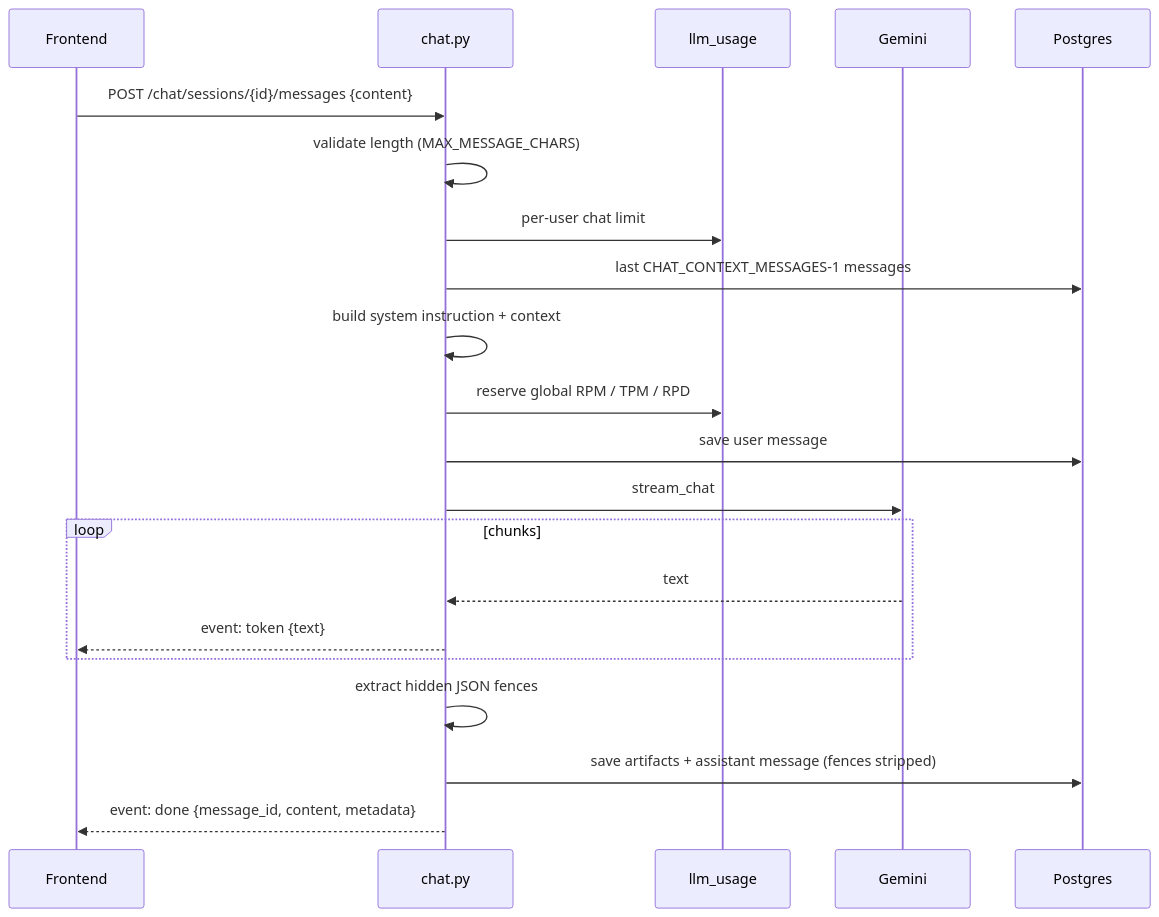
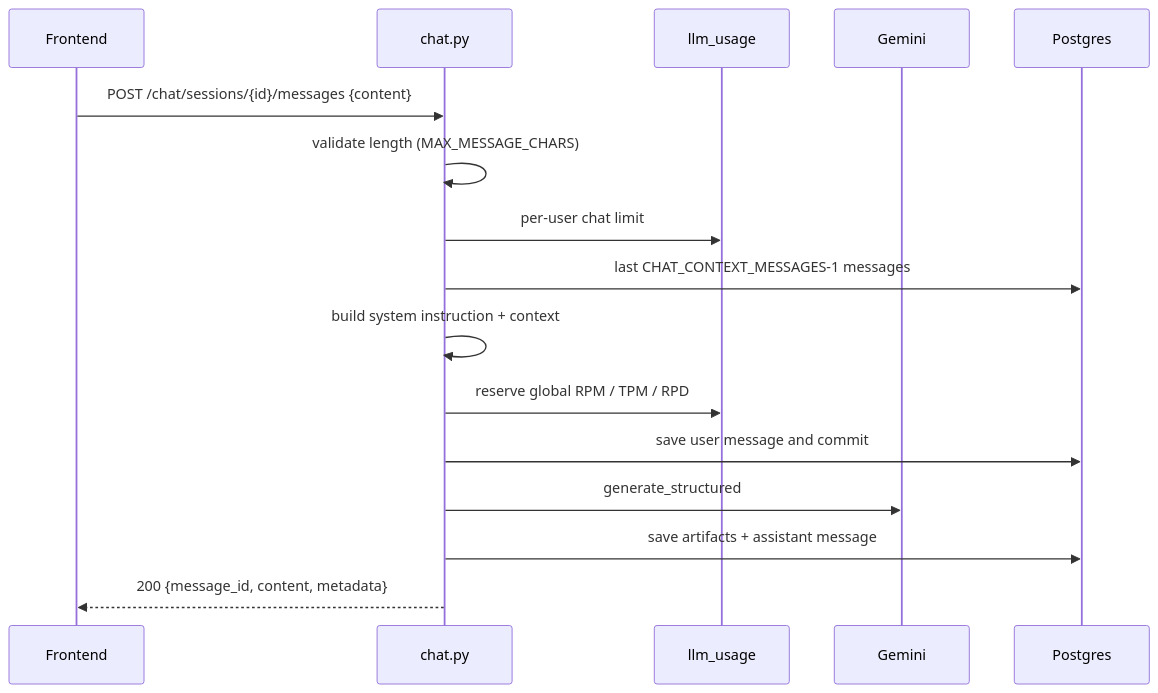
Before and after one commit to paulpolz/lingua-coach: the second of 4 diagrams in docs/tech_requirements/backend.md, drawn with Mermaid. The commit also changed other lines of this file and 26 other files, not shown here.

````diff
--- a/docs/tech_requirements/backend.md
+++ b/docs/tech_requirements/backend.md
@@ -83,23 +82,18 @@
 ```mermaid
 sequenceDiagram
   participant F as Frontend
   participant A as chat.py
   participant L as llm_usage
   participant G as Gemini
   participant D as Postgres
   F->>A: POST /chat/sessions/{id}/messages {content}
   A->>A: validate length (MAX_MESSAGE_CHARS)
   A->>L: per-user chat limit
   A->>D: last CHAT_CONTEXT_MESSAGES-1 messages
   A->>A: build system instruction + context
   A->>L: reserve global RPM / TPM / RPD
-  A->>D: save user message
-  A->>G: stream_chat
-  loop chunks
-    G-->>A: text
-    A-->>F: event: token {text}
-  end
-  A->>A: extract hidden JSON fences
-  A->>D: save artifacts + assistant message (fences stripped)
-  A-->>F: event: done {message_id, content, metadata}
+  A->>D: save user message and commit
+  A->>G: generate_structured
+  A->>D: save artifacts + assistant message
+  A-->>F: 200 {message_id, content, metadata}
 ```
````
